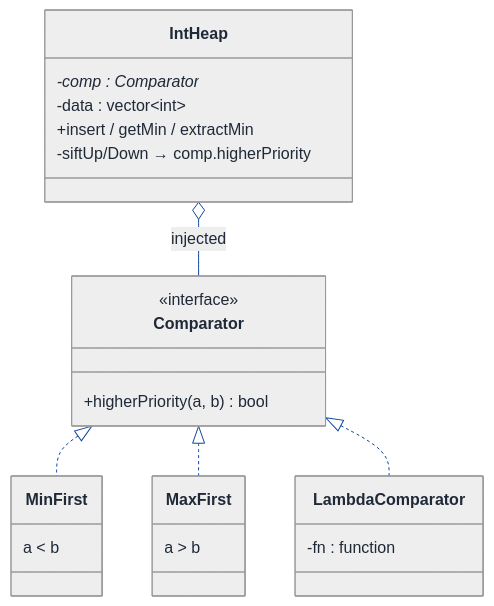
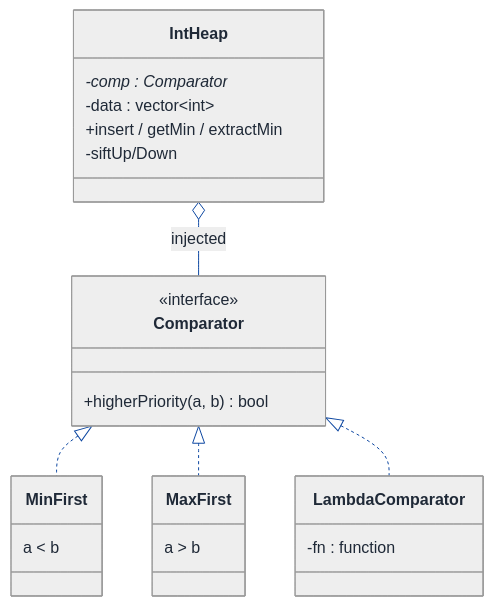
One commit to Prateek-5/question-bank changed the third of 5 diagrams in LLD/Topics/LLD_DataStructures/Min_Heap.md. Above: the diagram before and after it, drawn with Mermaid. The commit also changed 61 other files, not shown here.

First line of the commit message:
Fix invalid mermaid classDiagram member syntax across LLD walkthroughs

````diff
--- a/LLD/Topics/LLD_DataStructures/Min_Heap.md
+++ b/LLD/Topics/LLD_DataStructures/Min_Heap.md
@@ -467,59 +467,59 @@
 ```mermaid
 ---
 config:
   theme: neutral
   themeVariables:
     background: '#ffffff'
     primaryColor: '#cfe2ff'
     primaryTextColor: '#1f2937'
     primaryBorderColor: '#084298'
     secondaryColor: '#fff3cd'
     secondaryTextColor: '#1f2937'
     secondaryBorderColor: '#664d03'
     tertiaryColor: '#d1e7dd'
     tertiaryTextColor: '#1f2937'
     tertiaryBorderColor: '#0a3622'
     lineColor: '#0d47a1'
     textColor: '#1f2937'
     noteBkgColor: '#fff3cd'
     noteTextColor: '#1f2937'
     noteBorderColor: '#997404'
     actorBkg: '#cfe2ff'
     actorBorder: '#084298'
     actorTextColor: '#1f2937'
     signalColor: '#0d47a1'
     signalTextColor: '#1f2937'
     labelBoxBkgColor: '#ffffff'
     labelBoxBorderColor: '#d3d3d3'
     labelTextColor: '#1f2937'
     edgeLabelBackground: '#ffffff'
     labelBackground: '#ffffff'
     classText: '#1f2937'
     fontFamily: 'system-ui, -apple-system, Segoe UI, Helvetica, Arial, sans-serif'
 ---
 classDiagram
   direction TB
   class IntHeap {
     -comp : Comparator*
     -data : vector~int~
     +insert / getMin / extractMin
-    -siftUp/Down → comp.higherPriority
+    -siftUp/Down
   }
   class Comparator {
     <<interface>>
     +higherPriority(a, b) bool
   }
   class MinFirst {
     a < b
   }
   class MaxFirst {
     a > b
   }
   class LambdaComparator {
     -fn : function
   }
   IntHeap o-- Comparator : injected
   Comparator <|.. MinFirst
   Comparator <|.. MaxFirst
   Comparator <|.. LambdaComparator
 ```
````
